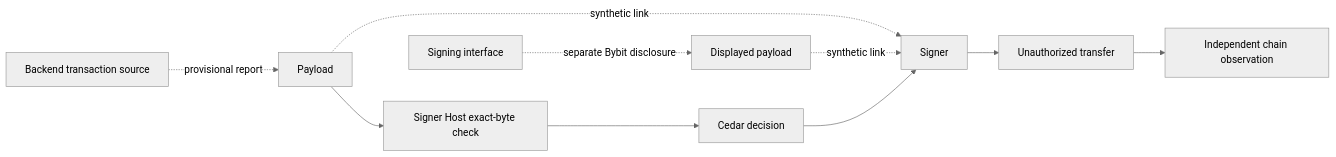
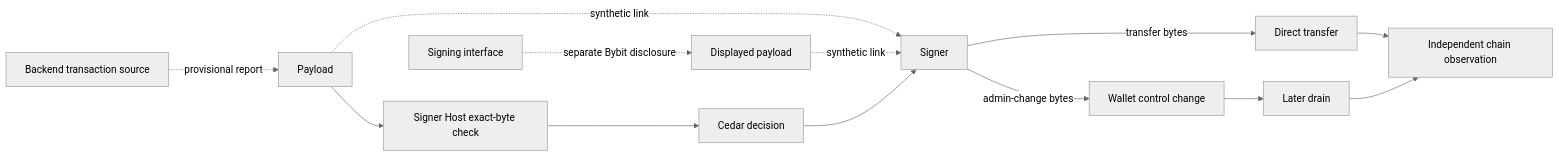
Before and after one commit to tao3k/lambda-episteme: the first of 2 diagrams in user-interface/scenarios/exchange/cases/signing-trust-chain/README.org, drawn with Mermaid (neutral theme). The commit also changed other lines of this file and 11 other files, not shown here.

Commit message:
feat(exchange): model signing control change and indirect drain

```diff
--- a/user-interface/scenarios/exchange/cases/signing-trust-chain/README.org
+++ b/user-interface/scenarios/exchange/cases/signing-trust-chain/README.org
@@ -61,12 +61,15 @@
 #+begin_src mermaid
 flowchart LR
   B[Backend transaction source] -. provisional report .-> T[Payload]
   T -. synthetic link .-> S[Signer]
   I[Signing interface] -. separate Bybit disclosure .-> D[Displayed payload]
   D -. synthetic link .-> S
-  S --> X[Unauthorized transfer]
+  S -->|transfer bytes| X[Direct transfer]
+  S -->|admin-change bytes| A[Wallet control change]
+  A --> Y[Later drain]
   X --> O[Independent chain observation]
+  Y --> O
   T --> H[Signer Host exact-byte check]
   H --> C[Cedar decision]
   C --> S
 #+end_src
```
